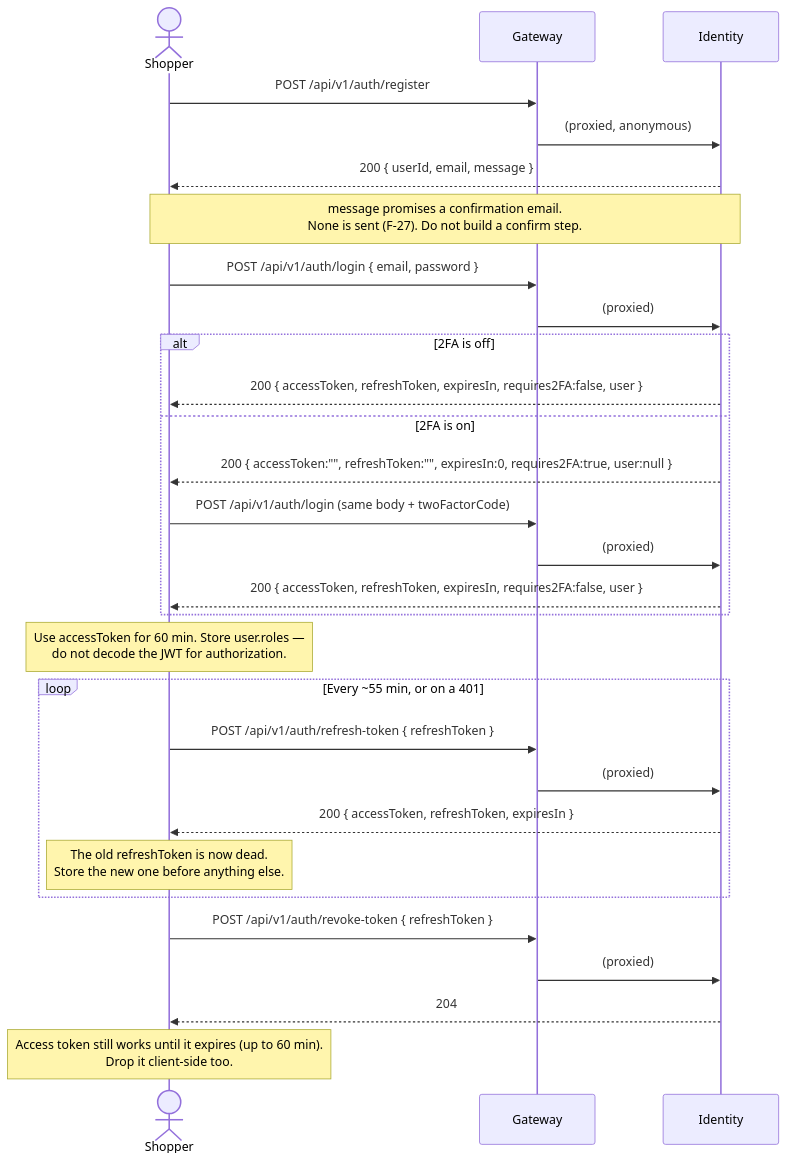
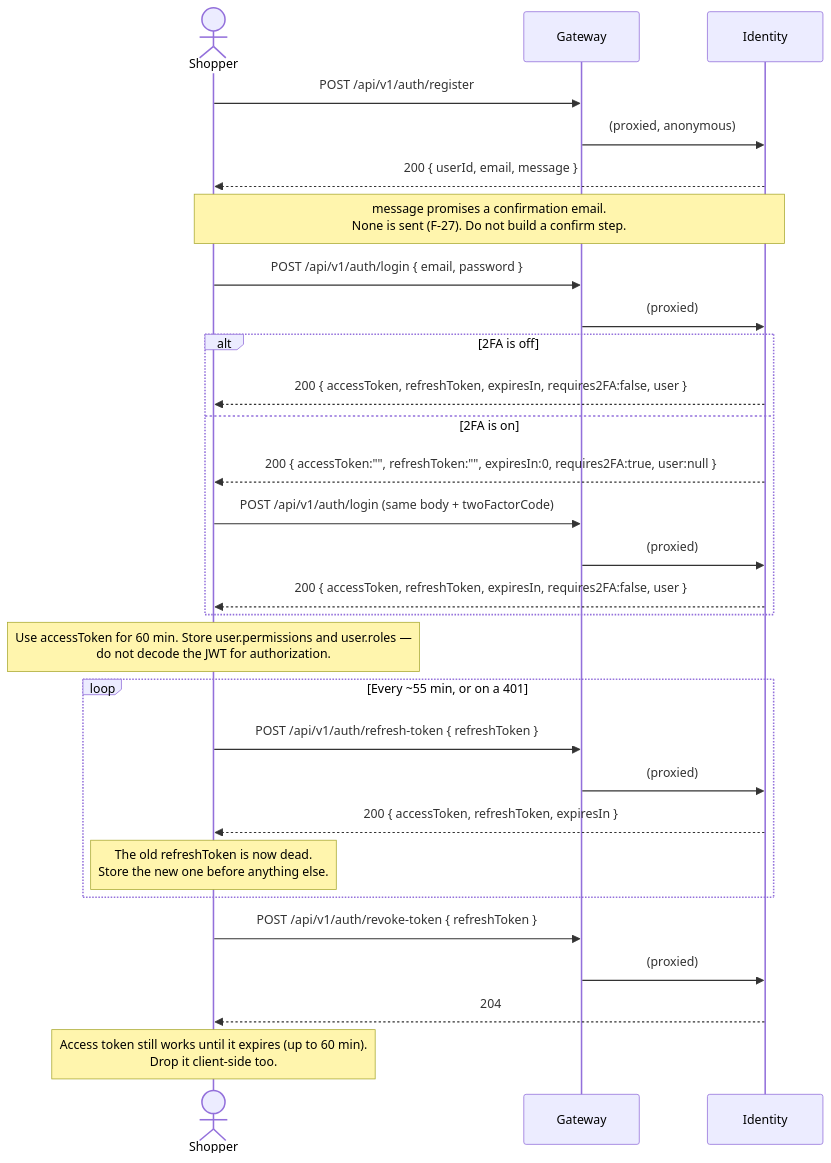
Before and after one commit to Granuch/EShop: the first of 6 diagrams in docs/01-overview/frontend/flows.md, drawn with Mermaid. The commit also changed other lines of this file and 6 other files, not shown here.

````diff
--- a/docs/01-overview/frontend/flows.md
+++ b/docs/01-overview/frontend/flows.md
@@ -25,36 +25,36 @@
 ```mermaid
 sequenceDiagram
     actor U as Shopper
     participant GW as Gateway
     participant ID as Identity
 
     U->>GW: POST /api/v1/auth/register
     GW->>ID: (proxied, anonymous)
     ID-->>U: 200 { userId, email, message }
     Note over U,ID: message promises a confirmation email.<br/>None is sent (F-27). Do not build a confirm step.
 
     U->>GW: POST /api/v1/auth/login { email, password }
     GW->>ID: (proxied)
     alt 2FA is off
         ID-->>U: 200 { accessToken, refreshToken, expiresIn, requires2FA:false, user }
     else 2FA is on
         ID-->>U: 200 { accessToken:"", refreshToken:"", expiresIn:0, requires2FA:true, user:null }
         U->>GW: POST /api/v1/auth/login (same body + twoFactorCode)
         GW->>ID: (proxied)
         ID-->>U: 200 { accessToken, refreshToken, expiresIn, requires2FA:false, user }
     end
 
-    Note over U: Use accessToken for 60 min. Store user.roles —<br/>do not decode the JWT for authorization.
+    Note over U: Use accessToken for 60 min. Store user.permissions and user.roles —<br/>do not decode the JWT for authorization.
 
     loop Every ~55 min, or on a 401
         U->>GW: POST /api/v1/auth/refresh-token { refreshToken }
         GW->>ID: (proxied)
         ID-->>U: 200 { accessToken, refreshToken, expiresIn }
         Note over U: The old refreshToken is now dead.<br/>Store the new one before anything else.
     end
 
     U->>GW: POST /api/v1/auth/revoke-token { refreshToken }
     GW->>ID: (proxied)
     ID-->>U: 204
     Note over U: Access token still works until it expires (up to 60 min).<br/>Drop it client-side too.
 ```
````
